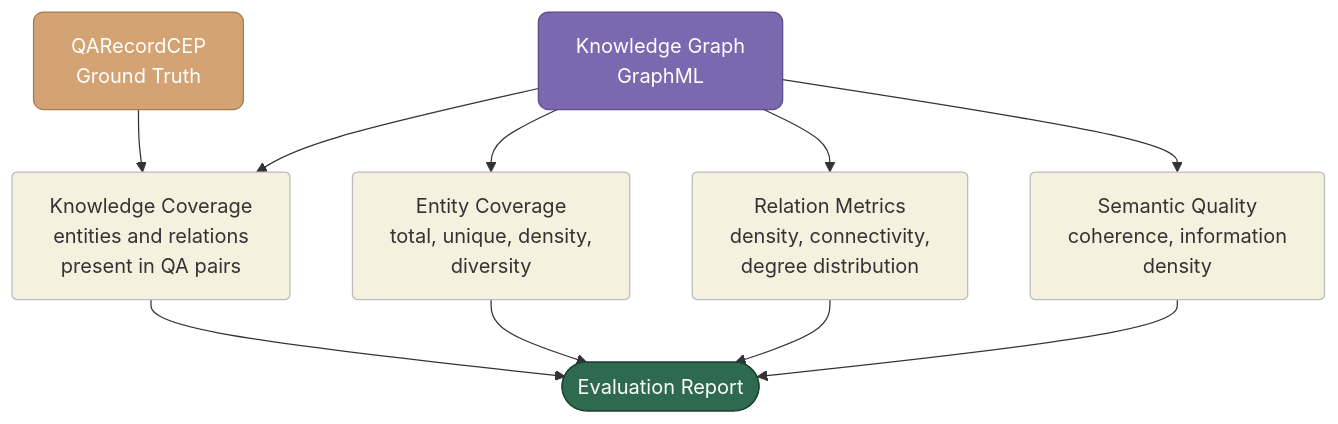
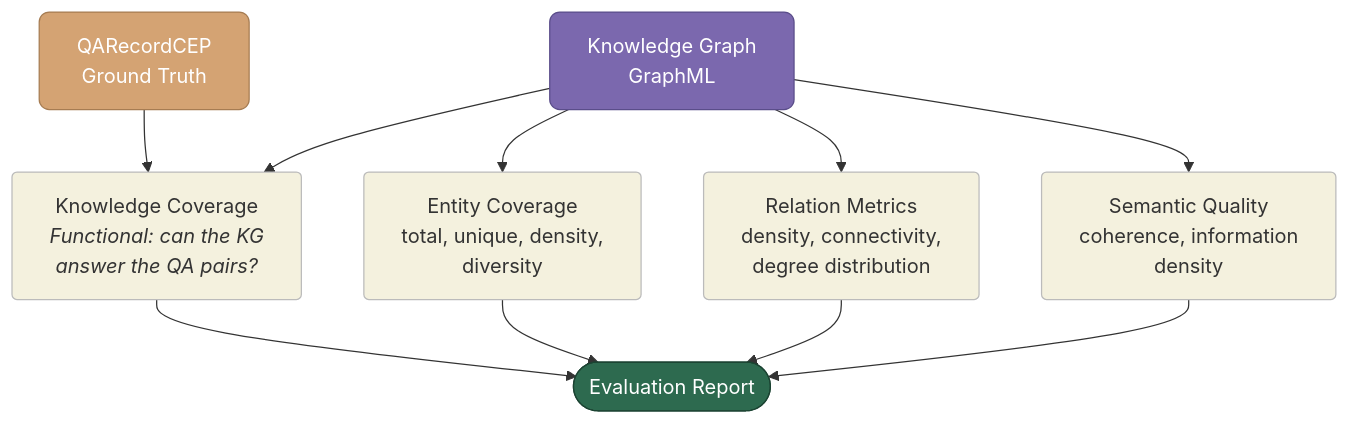
Before and after one commit to FredDsR/arandu: the sixth of 9 diagrams in docs/methodology.md, drawn with Mermaid. The commit also changed other lines of this file, not shown here.

First line of the commit message:
docs(methodology): define Knowledge Coverage algorithm for Phase 4

````diff
--- a/docs/methodology.md
+++ b/docs/methodology.md
@@ -359,28 +365,28 @@
 ```mermaid
 flowchart TD
     classDef gt fill:#d4a373,stroke:#a67c52,color:#fff,rx:8,ry:8
     classDef kg fill:#7b68ae,stroke:#5a4d8a,color:#fff,rx:8,ry:8
     classDef metric fill:#f4f1de,stroke:#bbb,color:#333,rx:4,ry:4
     classDef report fill:#2d6a4f,stroke:#1b4332,color:#fff,rx:10,ry:10
 
     QR["QARecordCEP<br/>Ground Truth"]:::gt
     GR["Knowledge Graph<br/>GraphML"]:::kg
 
     QR --> KC
     GR --> KC
     GR --> EC
     GR --> RM
     GR --> SQ
 
-    KC["Knowledge Coverage<br/>entities and relations<br/>present in QA pairs"]:::metric
+    KC["Knowledge Coverage<br/><i>Functional: can the KG<br/>answer the QA pairs?</i>"]:::metric
     EC["Entity Coverage<br/>total, unique, density,<br/>diversity"]:::metric
     RM["Relation Metrics<br/>density, connectivity,<br/>degree distribution"]:::metric
     SQ["Semantic Quality<br/>coherence, information<br/>density"]:::metric
 
     KC --> R
     EC --> R
     RM --> R
     SQ --> R
 
     R(["Evaluation Report"]):::report
 ```
````
